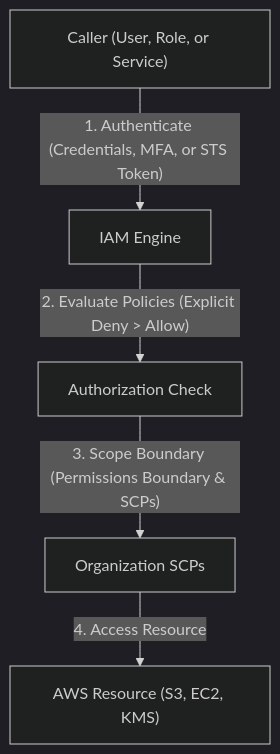
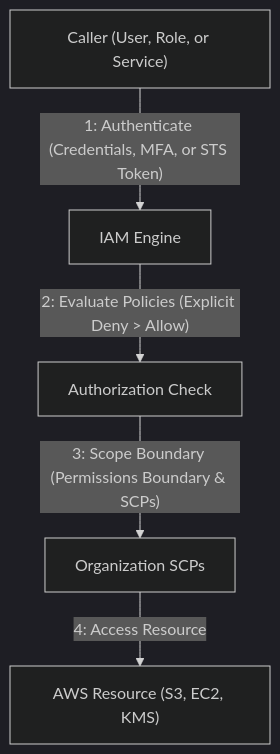
Before and after one commit to kmashour/BrainDump: the first of 2 diagrams in Reference Notes/3-2_aws_iam.md, drawn with Mermaid (dark theme). The commit also changed other lines of this file, not shown here.

````diff
--- a/Reference Notes/3-2_aws_iam.md
+++ b/Reference Notes/3-2_aws_iam.md
@@ -17,7 +17,11 @@
 ```mermaid
 graph TD
-    User["Caller (User, Role, or Service)"] -->|"1. Authenticate (Credentials, MFA, or STS Token)"| IAM["IAM Engine"]
-    IAM -->|"2. Evaluate Policies (Explicit Deny > Allow)"| Authz["Authorization Check"]
-    Authz -->|"3. Scope Boundary (Permissions Boundary & SCPs)"| SCP["Organization SCPs"]
-    SCP -->|"4. Access Resource"| Service["AWS Resource (S3, EC2, KMS)"]
+
+User["Caller (User, Role, or Service)"] -->|"1: Authenticate (Credentials, MFA, or STS Token)"| IAM["IAM Engine"]
+
+IAM -->|"2: Evaluate Policies (Explicit Deny > Allow)"| Authz["Authorization Check"]
+
+Authz -->|"3: Scope Boundary (Permissions Boundary & SCPs)"| SCP["Organization SCPs"]
+
+SCP -->|"4: Access Resource"| Service["AWS Resource (S3, EC2, KMS)"]
 ```
````
